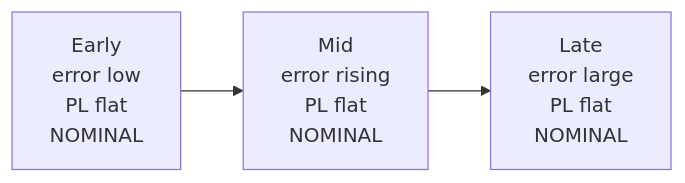
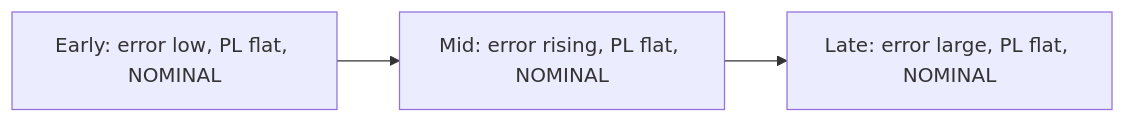
Before and after one commit to GautamTalksDev/Cairn: the first of 2 diagrams in README.md, drawn with Mermaid. The commit also changed other lines of this file and 1 other file, not shown here.

Commit message:
Simplify README metrics to plain English, fix Mermaid diagrams

````diff
--- a/README.md
+++ b/README.md
@@ -60,5 +60,5 @@
 ```mermaid
 flowchart LR
-  A["Early<br/>error low<br/>PL flat<br/>NOMINAL"] --> B["Mid<br/>error rising<br/>PL flat<br/>NOMINAL"]
-  B --> C["Late<br/>error large<br/>PL flat<br/>NOMINAL"]
+  A["Early: error low, PL flat, NOMINAL"] --> B["Mid: error rising, PL flat, NOMINAL"]
+  B --> C["Late: error large, PL flat, NOMINAL"]
 ```
````
